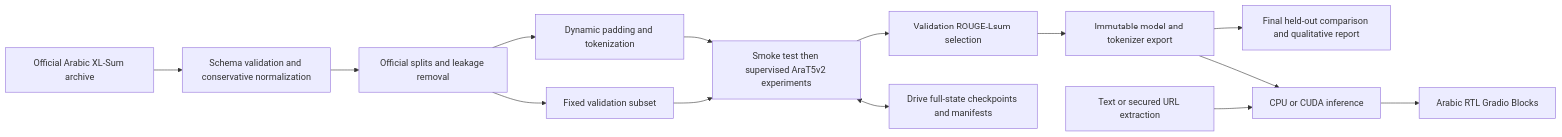
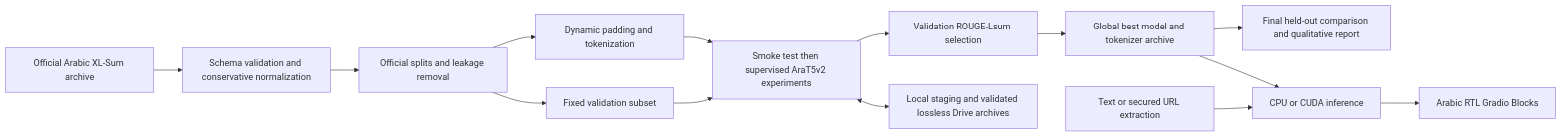
Before and after one commit to nada-ali-13/Arabic-news-summarizer: the diagram in README.md, drawn with Mermaid. The commit also changed other lines of this file and 23 other files, not shown here.

````diff
--- a/README.md
+++ b/README.md
@@ -25,16 +27,16 @@
 ```mermaid
 flowchart LR
   A[Official Arabic XL-Sum archive] --> B[Schema validation and conservative normalization]
   B --> C[Official splits and leakage removal]
   C --> D[Fixed validation subset]
   C --> E[Dynamic padding and tokenization]
   E --> F[Smoke test then supervised AraT5v2 experiments]
   D --> F
   F --> G[Validation ROUGE-Lsum selection]
-  F <--> H[Drive full-state checkpoints and manifests]
-  G --> I[Immutable model and tokenizer export]
+  F <--> H[Local staging and validated lossless Drive archives]
+  G --> I[Global best model and tokenizer archive]
   I --> J[Final held-out comparison and qualitative report]
   I --> K[CPU or CUDA inference]
   L[Text or secured URL extraction] --> K
   K --> M[Arabic RTL Gradio Blocks]
 ```
````
